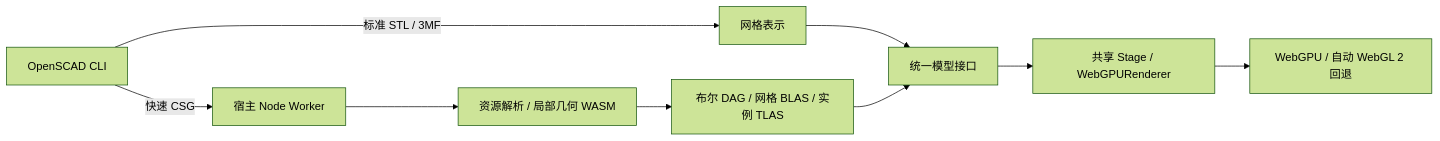
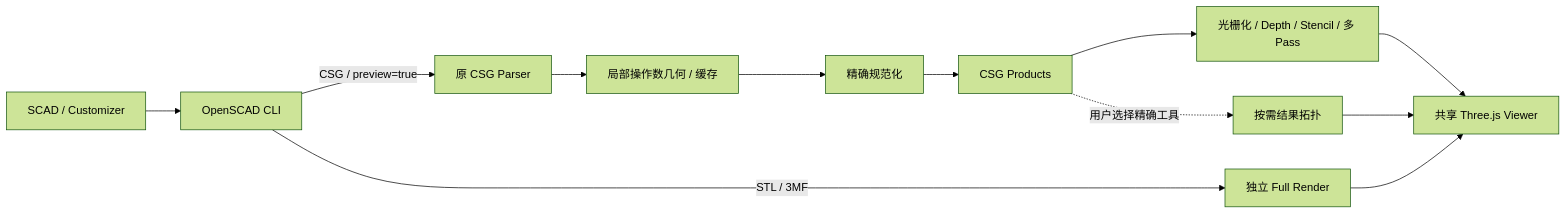
Before and after one commit to peterisdev42/scad-ai-ide: the diagram in docs/csg-preview.md, drawn with Mermaid (forest theme). The commit also changed other lines of this file and 66 other files, not shown here.

````diff
--- a/docs/csg-preview.md
+++ b/docs/csg-preview.md
@@ -5,11 +7,14 @@
 ```mermaid
 flowchart LR
-  CLI[OpenSCAD CLI] -->|标准 STL / 3MF| Mesh[网格表示]
-  CLI -->|快速 CSG| Worker[宿主 Node Worker]
-  Worker --> Prepare[资源解析 / 局部几何 WASM]
-  Prepare --> DAG[布尔 DAG / 网格 BLAS / 实例 TLAS]
-  Mesh --> Model[统一模型接口]
-  DAG --> Model
-  Model --> Stage[共享 Stage / WebGPURenderer]
-  Stage --> GPU[WebGPU / 自动 WebGL 2 回退]
+  SCAD[SCAD / Customizer] --> CLI[OpenSCAD CLI]
+  CLI -->|CSG / preview=true| Parser[原 CSG Parser]
+  Parser --> Geometry[局部操作数几何 / 缓存]
+  Geometry --> Normalize[精确规范化]
+  Normalize --> Products[CSG Products]
+  Products --> Raster[光栅化 / Depth / Stencil / 多 Pass]
+  Raster --> Viewer[共享 Three.js Viewer]
+  CLI -->|STL / 3MF| Full[独立 Full Render]
+  Full --> Viewer
+  Products -. 用户选择精确工具 .-> Topology[按需结果拓扑]
+  Topology --> Viewer
 ```
````
